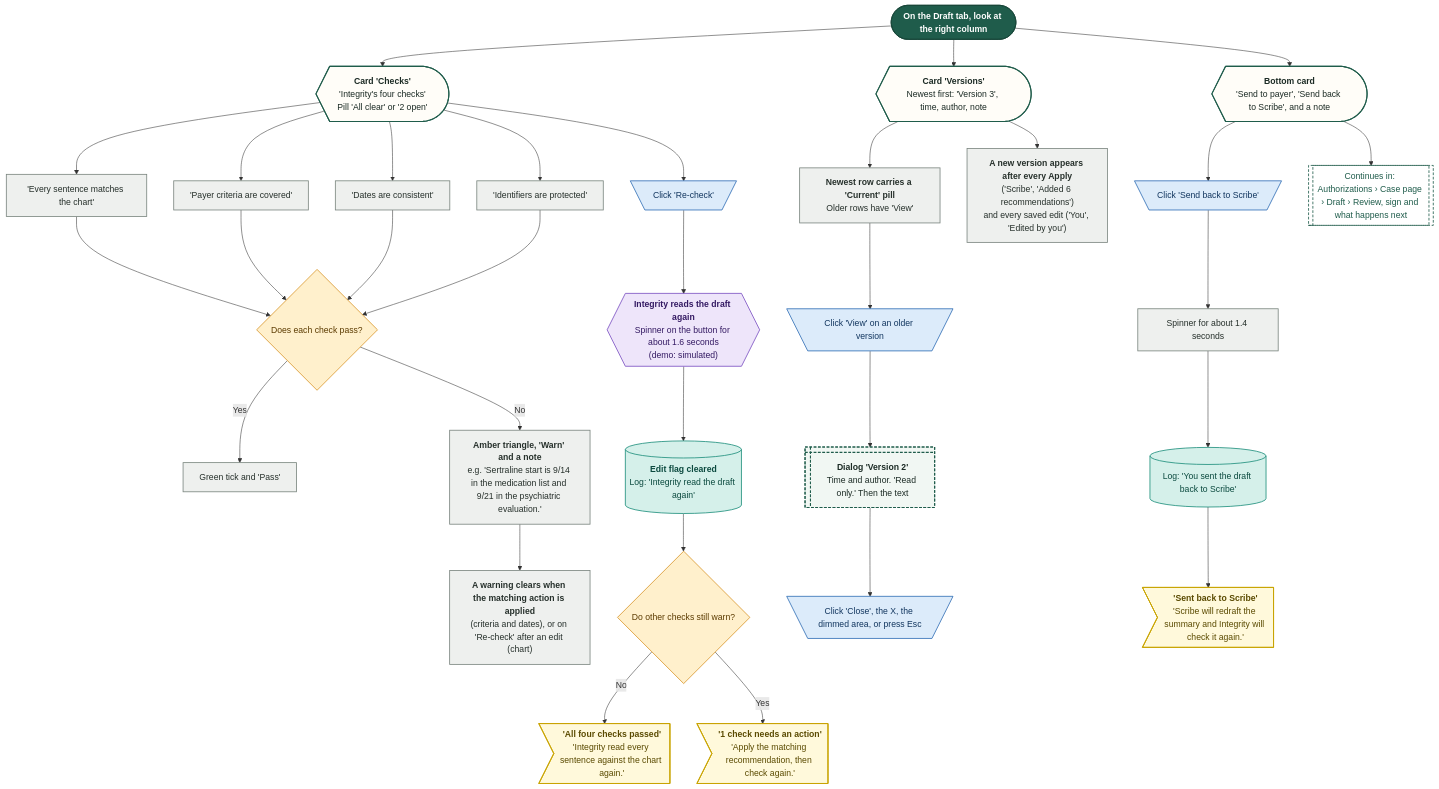
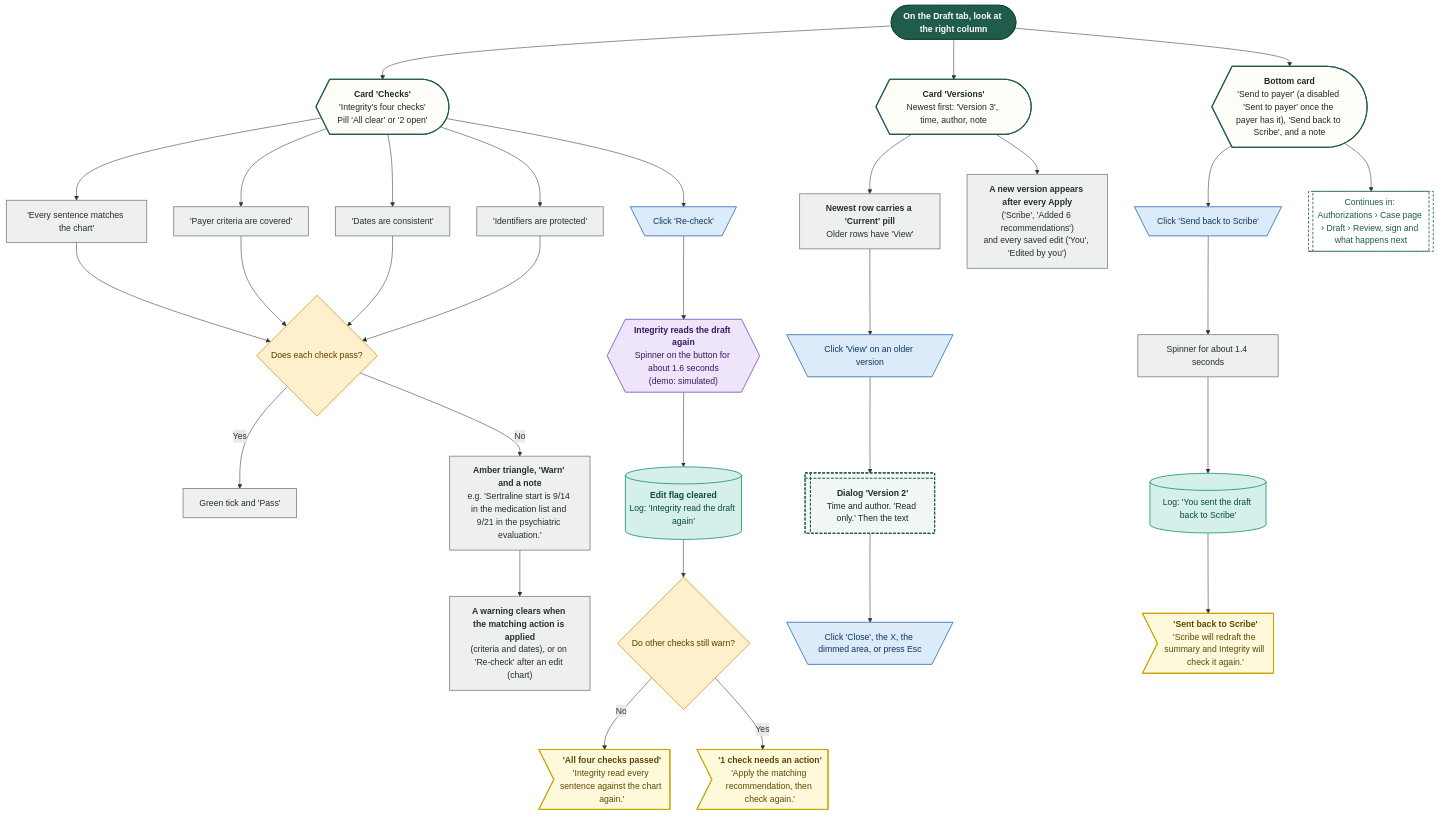
One commit to Shrav143/psyfloapp changed diagram 23 of 26 in demos/prior-auth-demo/workflows/out/md/03-authorizations.md. Above: the diagram before and after it, drawn with Mermaid. The commit also changed other lines of this file and 195 other files, not shown here.

First line of the commit message:
docs: Rebuild workflow diagrams after the demo fixes (220 diagrams)

````diff
--- a/demos/prior-auth-demo/workflows/out/md/03-authorizations.md
+++ b/demos/prior-auth-demo/workflows/out/md/03-authorizations.md
@@ -1669,73 +1779,73 @@
 ```mermaid
 %%{init: {"theme":"base","themeVariables":{"fontFamily":"'DM Sans', 'Segoe UI', system-ui, sans-serif","fontSize":"15px","lineColor":"#5B6B63","primaryTextColor":"#1C2B25","clusterBkg":"#FBF8F3","clusterBorder":"#D9CDBB","edgeLabelBackground":"#FFFFFF"},"flowchart":{"curve":"basis","nodeSpacing":36,"rankSpacing":48,"padding":12,"htmlLabels":true,"useMaxWidth":false,"wrappingWidth":230}} }%%
 flowchart TD
   classDef k_start fill:#1F5C4B,stroke:#174638,color:#FFFFFF,stroke-width:1.5px,font-weight:600
   classDef k_end fill:#DDEFE3,stroke:#2E7D4F,color:#14502F,stroke-width:1.5px,font-weight:600
   classDef k_endx fill:#FBE3E0,stroke:#C0392B,color:#7A1F16,stroke-width:1.5px,font-weight:600
   classDef k_screen fill:#FFFDF8,stroke:#1F5C4B,color:#1C2B25,stroke-width:2px
   classDef k_overlay fill:#F1F7F3,stroke:#1F5C4B,color:#1C2B25,stroke-width:2px,stroke-dasharray:5 3
   classDef k_click fill:#DCEBFA,stroke:#2F6DB5,color:#12365F,stroke-width:1.5px
   classDef k_input fill:#E4E7FF,stroke:#4C5FD5,color:#1D2670,stroke-width:1.5px
   classDef k_process fill:#EEF0EE,stroke:#7A857F,color:#26302B,stroke-width:1.5px
   classDef k_agent fill:#EEE5FA,stroke:#7A4FC2,color:#341A63,stroke-width:1.5px
   classDef k_decision fill:#FFF0CC,stroke:#D9962B,color:#5C3B00,stroke-width:1.5px
   classDef k_store fill:#D5F0EA,stroke:#1C8E7B,color:#0B4A3F,stroke-width:1.5px
   classDef k_doc fill:#F6E9DC,stroke:#B07A4C,color:#4A2E14,stroke-width:1.5px
   classDef k_ext fill:#FFE6D2,stroke:#E07B39,color:#6B2F06,stroke-width:1.5px
   classDef k_wait fill:#E4E8EE,stroke:#6B7C93,color:#26303D,stroke-width:1.5px
   classDef k_toast fill:#FFF9DB,stroke:#C9A400,color:#5A4A00,stroke-width:1.5px
   classDef k_goto fill:#FFFFFF,stroke:#1F5C4B,color:#1F5C4B,stroke-width:1.5px,stroke-dasharray:5 3
   s1@{ shape: stadium, label: "On the Draft tab, look at the right column" }
   ck@{ shape: curv-trap, label: "<b>Card 'Checks'</b><br/>'Integrity's four checks'<br/>Pill 'All clear' or '2 open'" }
   c1@{ shape: rect, label: "'Every sentence matches the chart'" }
   c2@{ shape: rect, label: "'Payer criteria are covered'" }
   c3@{ shape: rect, label: "'Dates are consistent'" }
   c4@{ shape: rect, label: "'Identifiers are protected'" }
   dok@{ shape: diam, label: "Does each check pass?" }
   pass@{ shape: rect, label: "Green tick and 'Pass'" }
   warn@{ shape: rect, label: "<b>Amber triangle, 'Warn' and a note</b><br/>e.g. 'Sertraline start is 9/14 in the medication list and 9/21 in the psychiatric evaluation.'" }
   why@{ shape: rect, label: "<b>A warning clears when the matching action is applied</b><br/>(criteria and dates), or on 'Re-check' after an edit (chart)" }
   rc@{ shape: trap-t, label: "Click 'Re-check'" }
   ig@{ shape: hex, label: "<b>Integrity reads the draft again</b><br/>Spinner on the button for about 1.6 seconds<br/>(demo: simulated)" }
   mr@{ shape: cyl, label: "<b>Edit flag cleared</b><br/>Log: 'Integrity read the draft again'" }
   dst@{ shape: diam, label: "Do other checks still warn?" }
   t1@{ shape: odd, label: "<b>'All four checks passed'</b><br/>'Integrity read every sentence against the chart again.'" }
   t2@{ shape: odd, label: "<b>'1 check needs an action'</b><br/>'Apply the matching recommendation, then check again.'" }
   vs@{ shape: curv-trap, label: "<b>Card 'Versions'</b><br/>Newest first: 'Version 3', time, author, note" }
   cu@{ shape: rect, label: "<b>Newest row carries a 'Current' pill</b><br/>Older rows have 'View'" }
   vw@{ shape: trap-t, label: "Click 'View' on an older version" }
   vm@{ shape: win-pane, label: "<b>Dialog 'Version 2'</b><br/>Time and author. 'Read only.' Then the text" }
   vc@{ shape: trap-t, label: "Click 'Close', the X, the dimmed area, or press Esc" }
   vn@{ shape: rect, label: "<b>A new version appears after every Apply</b><br/>('Scribe', 'Added 6 recommendations')<br/>and every saved edit ('You', 'Edited by you')" }
-  sb@{ shape: curv-trap, label: "<b>Bottom card</b><br/>'Send to payer', 'Send back to Scribe', and a note" }
+  sb@{ shape: curv-trap, label: "<b>Bottom card</b><br/>'Send to payer' (a disabled 'Sent to payer' once the payer has it), 'Send back to Scribe', and a note" }
   sk@{ shape: trap-t, label: "Click 'Send back to Scribe'" }
   bz@{ shape: rect, label: "Spinner for about 1.4 seconds" }
   lg@{ shape: cyl, label: "Log: 'You sent the draft back to Scribe'" }
   tb@{ shape: odd, label: "<b>'Sent back to Scribe'</b><br/>'Scribe will redraft the summary and Integrity will check it again.'" }
   gS@{ shape: subproc, label: "Continues in: Authorizations › Case page › Draft › Review, sign and what happens next" }
   s1 --> ck --> c1 & c2 & c3 & c4
   c1 --> dok
   c2 --> dok
   c3 --> dok
   c4 --> dok
   dok -->|"Yes"| pass
   dok -->|"No"| warn --> why
   ck --> rc --> ig --> mr --> dst
   dst -->|"No"| t1
   dst -->|"Yes"| t2
   s1 --> vs --> cu
   cu --> vw --> vm --> vc
   vs --> vn
   s1 --> sb --> sk --> bz --> lg --> tb
   sb --> gS
   class s1 k_start
   class ck,vs,sb k_screen
   class c1,c2,c3,c4,pass,warn,why,cu,vn,bz k_process
   class dok,dst k_decision
   class rc,vw,vc,sk k_click
   class ig k_agent
   class mr,lg k_store
   class t1,t2,tb k_toast
   class vm k_overlay
   class gS k_goto
 ```
````
